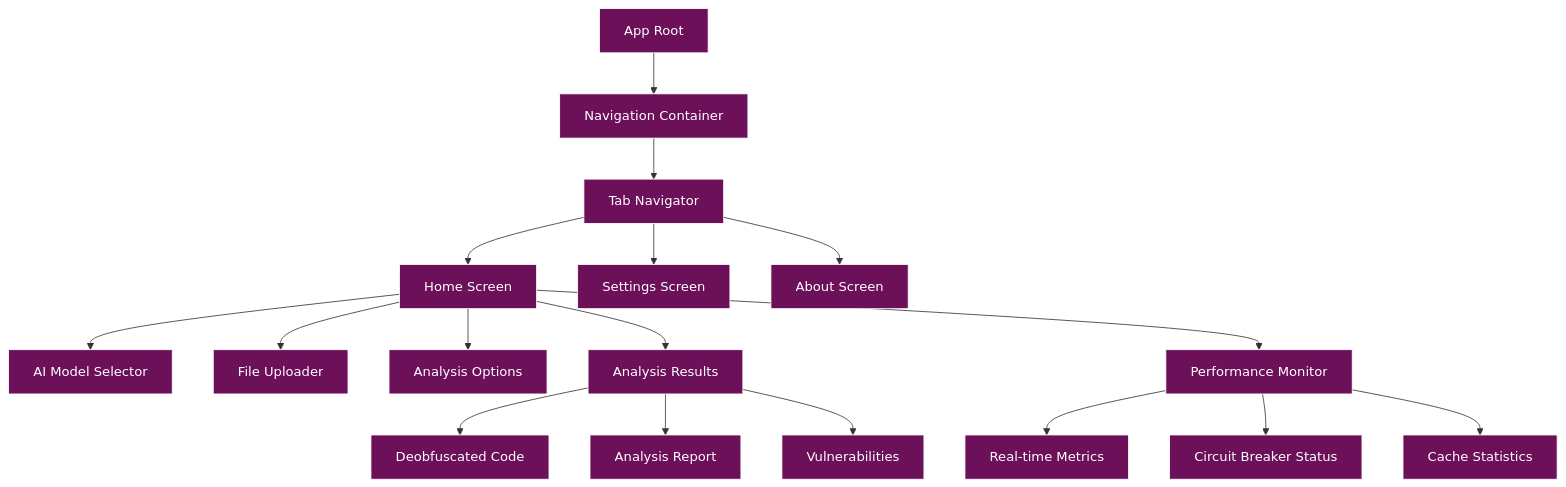
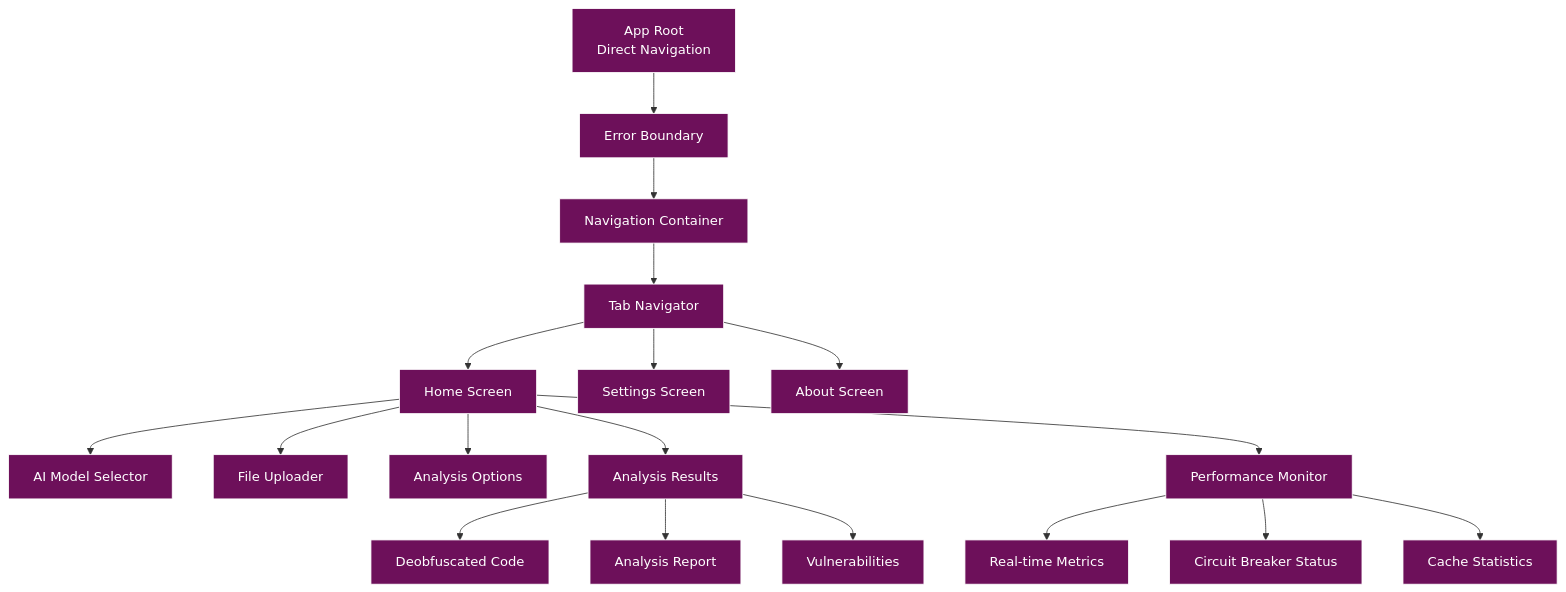
The fourth of 26 diagrams in docs/ARCHITECTURE.md (radicalkjax/Athena), drawn with Mermaid before and after one commit. The commit also changed other lines of this file and 178 other files, not shown here.

````diff
--- a/docs/ARCHITECTURE.md
+++ b/docs/ARCHITECTURE.md
@@ -278,46 +282,47 @@
 ```mermaid
 %%{init: {
   'theme': 'base',
   'themeVariables': {
     'primaryColor': '#6d105a',
     'primaryTextColor': '#ffffff',
     'primaryBorderColor': '#ffffff',
     'lineColor': '#333333',
     'secondaryColor': '#e8f4d4',
     'secondaryTextColor': '#333333',
     'secondaryBorderColor': '#333333',
     'tertiaryColor': '#f9d0c4',
     'tertiaryTextColor': '#333333',
     'tertiaryBorderColor': '#333333',
     'background': '#ffffff',
     'mainBkg': '#6d105a',
     'secondBkg': '#e8f4d4',
     'tertiaryBkg': '#f9d0c4',
     'textColor': '#333333',
     'fontFamily': 'Arial, sans-serif'
   }
 }}%%
 graph TD
-    App[App Root]
+    App[App Root<br/>Direct Navigation]
     
-    App --> Navigation[Navigation Container]
+    App --> ErrorBoundary[Error Boundary]
+    ErrorBoundary --> Navigation[Navigation Container]
     Navigation --> TabNav[Tab Navigator]
     
     TabNav --> Home[Home Screen]
     TabNav --> Settings[Settings Screen]
     TabNav --> About[About Screen]
     
     Home --> ModelSelector[AI Model Selector]
     Home --> FileUploader[File Uploader]
     Home --> Options[Analysis Options]
     Home --> Results[Analysis Results]
     Home --> Monitor[Performance Monitor]
     
     Results --> DeobfuscatedTab[Deobfuscated Code]
     Results --> ReportTab[Analysis Report]
     Results --> VulnerabilitiesTab[Vulnerabilities]
     
     Monitor --> Metrics[Real-time Metrics]
     Monitor --> CircuitStatus[Circuit Breaker Status]
     Monitor --> CacheStats[Cache Statistics]
 ```
````
